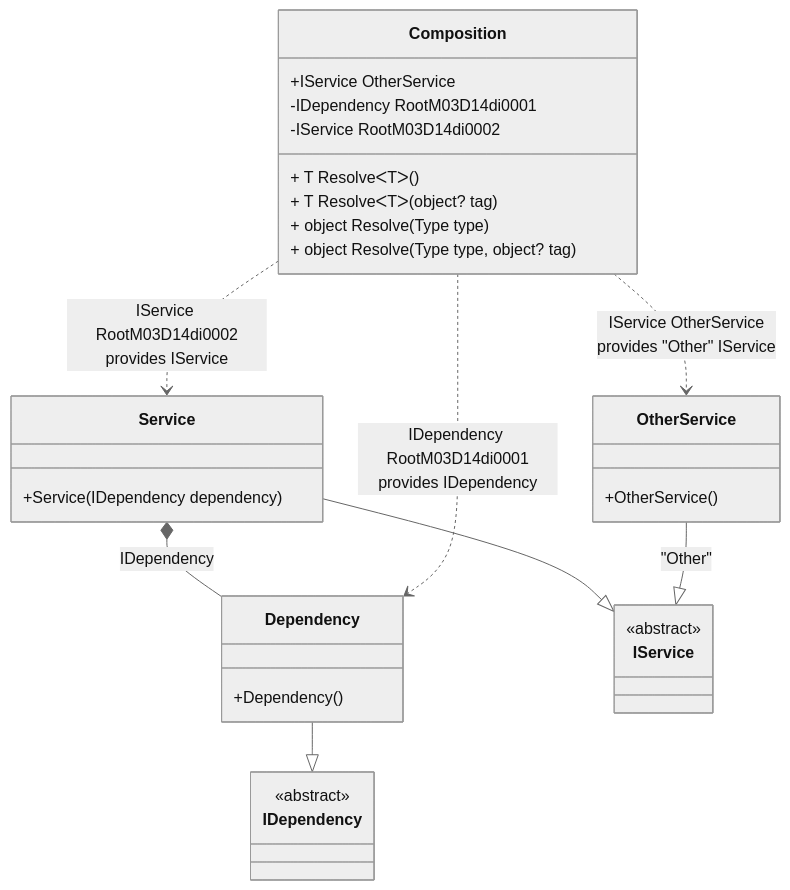
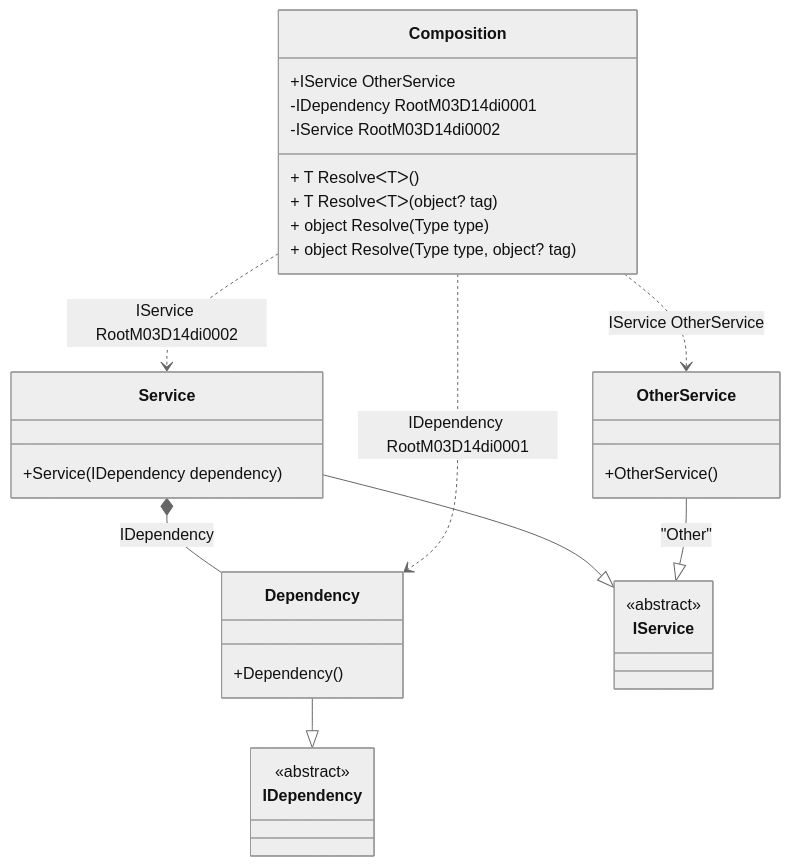
Before and after one commit to DevTeam/Pure.DI: the diagram in readme/resolve-methods.md, drawn with Mermaid (neutral theme). The commit also changed other lines of this file and 74 other files, not shown here.

````diff
--- a/readme/resolve-methods.md
+++ b/readme/resolve-methods.md
@@ -45,34 +45,34 @@
 ```mermaid
 classDiagram
   class Composition {
     +IService OtherService
     -IDependency RootM03D14di0001
     -IService RootM03D14di0002
     + T ResolveᐸTᐳ()
     + T ResolveᐸTᐳ(object? tag)
     + object Resolve(Type type)
     + object Resolve(Type type, object? tag)
   }
   Dependency --|> IDependency : 
   class Dependency {
     +Dependency()
   }
   Service --|> IService : 
   class Service {
     +Service(IDependency dependency)
   }
   OtherService --|> IService : "Other" 
   class OtherService {
     +OtherService()
   }
   class IDependency {
     <<abstract>>
   }
   class IService {
     <<abstract>>
   }
   Service *--  Dependency : IDependency
-  Composition ..> Dependency : IDependency RootM03D14di0001<br/>provides IDependency
-  Composition ..> Service : IService RootM03D14di0002<br/>provides IService
-  Composition ..> OtherService : IService OtherService<br/>provides "Other" IService
+  Composition ..> Dependency : IDependency RootM03D14di0001
+  Composition ..> Service : IService RootM03D14di0002
+  Composition ..> OtherService : IService OtherService
 ```
````
